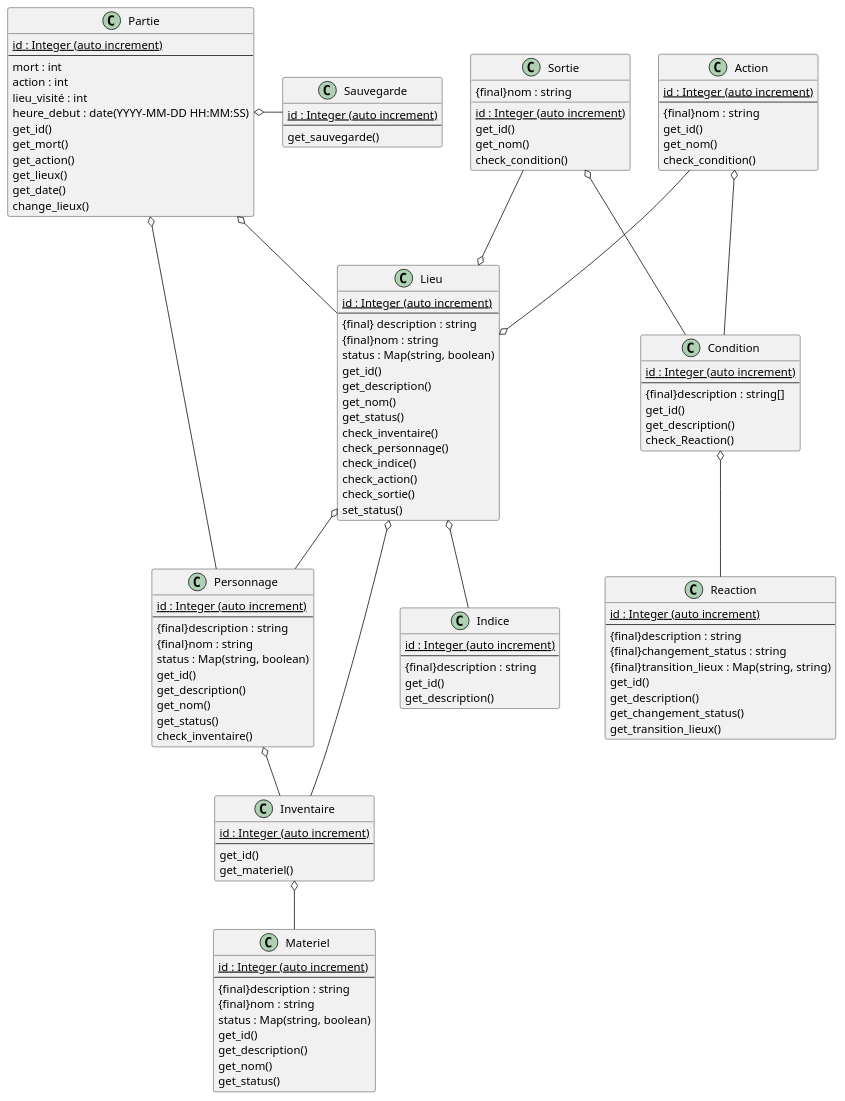
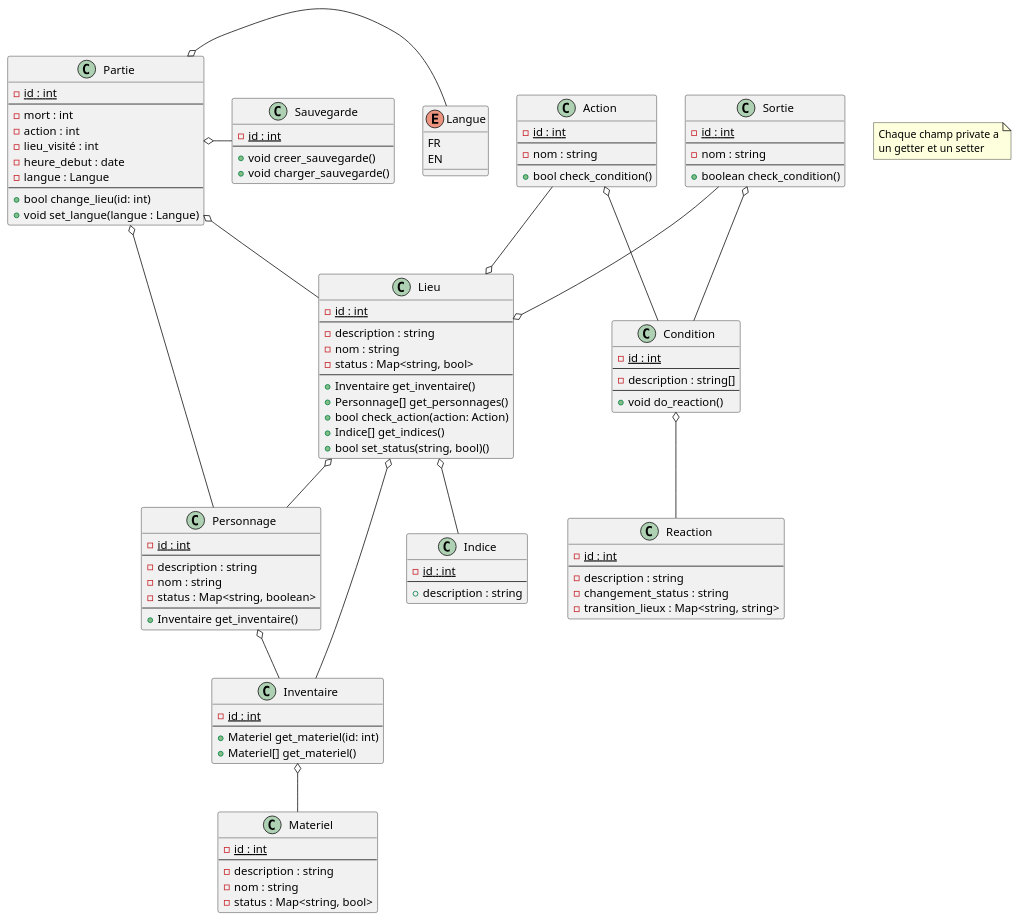
One commit to Serious-game-textuel/doc changed the third of 3 diagrams in diagrammes.md. Above: the diagram before and after it, drawn with PlantUML.

Commit message:
Amélioration diagramme de classes

````diff
--- a/diagrammes.md
+++ b/diagrammes.md
@@ -44,89 +44,116 @@
 ```plantuml
 @startuml
 
+Enum Langue {
+    FR
+    EN
+}
+
 Class Partie{
-  {static} id : Integer (auto increment)
+    -{static} id : int
   --
-  mort : int
-  action : int
-  lieu_visité : int
-  heure_debut : date(YYYY-MM-DD HH:MM:SS)
+    -mort : int
+    -action : int
+    -lieu_visité : int
+    -heure_debut : date
+    -langue : Langue
+  --
+    +bool change_lieu(id: int)
+    +void set_langue(langue : Langue)
 }
 
 Class Inventaire{
-  {static} id : Integer (auto increment)
+    -{static} id : int
   --
+    +Materiel get_materiel(id: int)
+    +Materiel[] get_materiel()
 }
 
-
 Class Sauvegarde{
-  {static} id : Integer (auto increment)
+    -{static} id : int
   --
+    +void creer_sauvegarde()
+    +void charger_sauvegarde()
 }
 
 Class Sortie{
-  {static} id : Integer (auto increment)
-  {final}nom : string
+    -{static} id : int
+  --
+    -nom : string
+  --
+    +boolean check_condition()
 }
 
 Class Materiel{
-  {static} id : Integer (auto increment)
+    -{static} id : int
   --
-  {final}description : string
-  {final}nom : string
-  status : Map(string, boolean)
+    -description : string
+    -nom : string
+    -status : Map<string, bool>
 }
 
 Class Personnage{
-  {static} id : Integer (auto increment)
+    -{static} id : int
   --
-  {final}description : string
-  {final}nom : string
-  status : Map(string, boolean)
+    -description : string
+    -nom : string
+    -status : Map<string, boolean>
+  --
+    +Inventaire get_inventaire()
 }
 
 Class Lieu{
-  {static} id : Integer (auto increment)
+    -{static} id : int
   --
-  {final} description : string
-  {final}nom : string
-  status : Map(string, boolean)
+    -description : string
+    -nom : string
+    -status : Map<string, bool>
+  --
+    +Inventaire get_inventaire()
+    +Personnage[] get_personnages()
+    +bool check_action(action: Action)
+    +Indice[] get_indices()
+    +bool set_status(string, bool)()
 }
 
 Class Action{
-  {static} id : Integer (auto increment)
+    -{static} id : int
   --
-  {final}nom : string
+    -nom : string
+  --
+    +bool check_condition()
 }
 
 class Condition{
-  {static} id : Integer (auto increment)
+    -{static} id : int
   --
-  {final}description : string[]
+    -description : string[]
+  --
+    +void do_reaction()
 }
 
-
 Class Reaction{
-  {static} id : Integer (auto increment)
+    -{static} id : int
   --
-  {final}description : string
-  {final}changement_status : string
-  {final}transition_lieux : Map(string, string)
+    -description : string
+    -changement_status : string
+    -transition_lieux : Map<string, string>
 }
 
-
 Class Indice{
-  {static} id : Integer (auto increment)
+    -{static} id : int
   --
-  {final}description : string
+    +description : string
 }
 
+note "Chaque champ private a\nun getter et un setter" as N1
 
 Sortie --o Lieu
 Sortie o-- Condition
 Personnage o-- Inventaire
 Partie o-- Personnage
 Partie o- Sauvegarde
+Partie o- Langue
 Lieu o-- Inventaire
 Lieu o-- Indice
 Action o-- Condition
@@ -136,64 +163,5 @@
 Partie o-- Lieu
 Inventaire o-- Materiel
 
-Lieu : get_id()
-Lieu : get_description()
-Lieu : get_nom()
-Lieu : get_status()
-Lieu : check_inventaire()
-Lieu : check_personnage()
-Lieu : check_indice()
-Lieu : check_action()
-Lieu : check_sortie()
-Lieu : set_status()
-
-
-Sortie : get_id()
-Sortie : get_nom()
-Sortie : check_condition()
-
-Action : get_id()
-Action : get_nom()
-Action : check_condition()
-
-Condition : get_id()
-Condition : get_description()
-Condition : check_Reaction()
-
-Reaction : get_id()
-Reaction : get_description()
-Reaction : get_changement_status()
-Reaction : get_transition_lieux()
-
-Indice : get_id()
-Indice : get_description()
-
-Personnage : get_id()
-Personnage : get_description()
-Personnage : get_nom()
-Personnage : get_status()
-Personnage : check_inventaire()
-
-Inventaire : get_id()
-Inventaire : get_materiel()
-
-Materiel : get_id()
-Materiel : get_description()
-Materiel : get_nom()
-Materiel : get_status()
-
-Sauvegarde : get_sauvegarde()
-
-Partie : get_id()
-Partie : get_mort()
-Partie : get_action()
-Partie : get_lieux()
-Partie : get_date()
-Partie : change_lieux()
-
-
-
-
-
 @enduml
 ```
````
